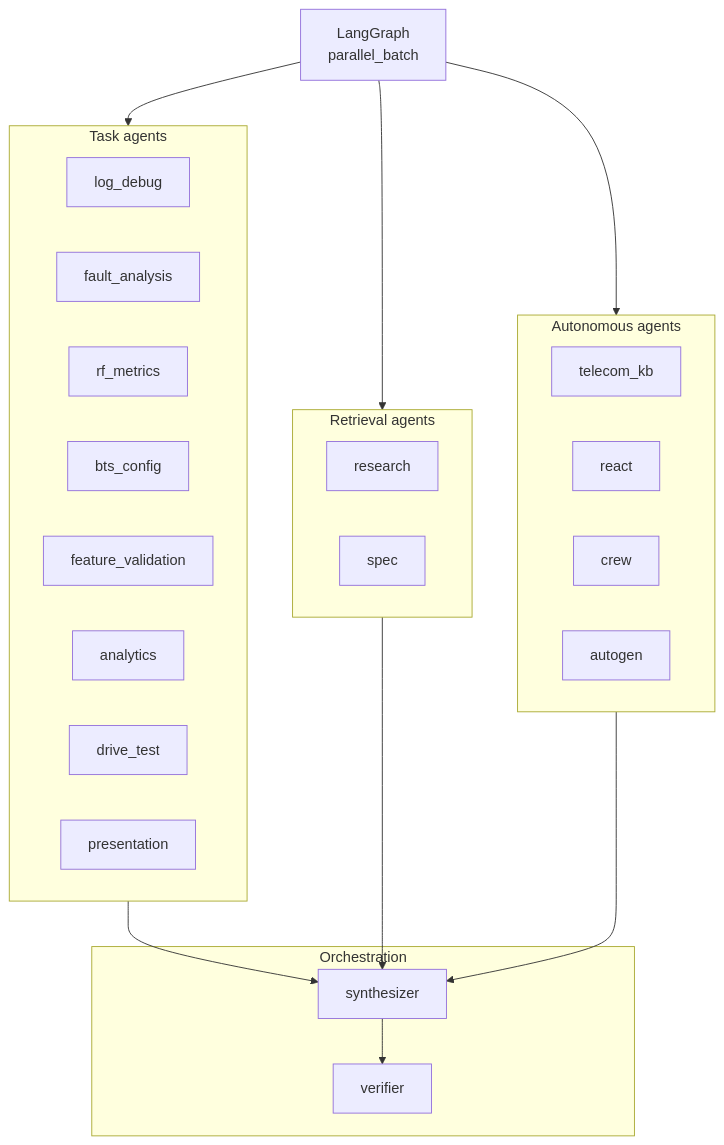
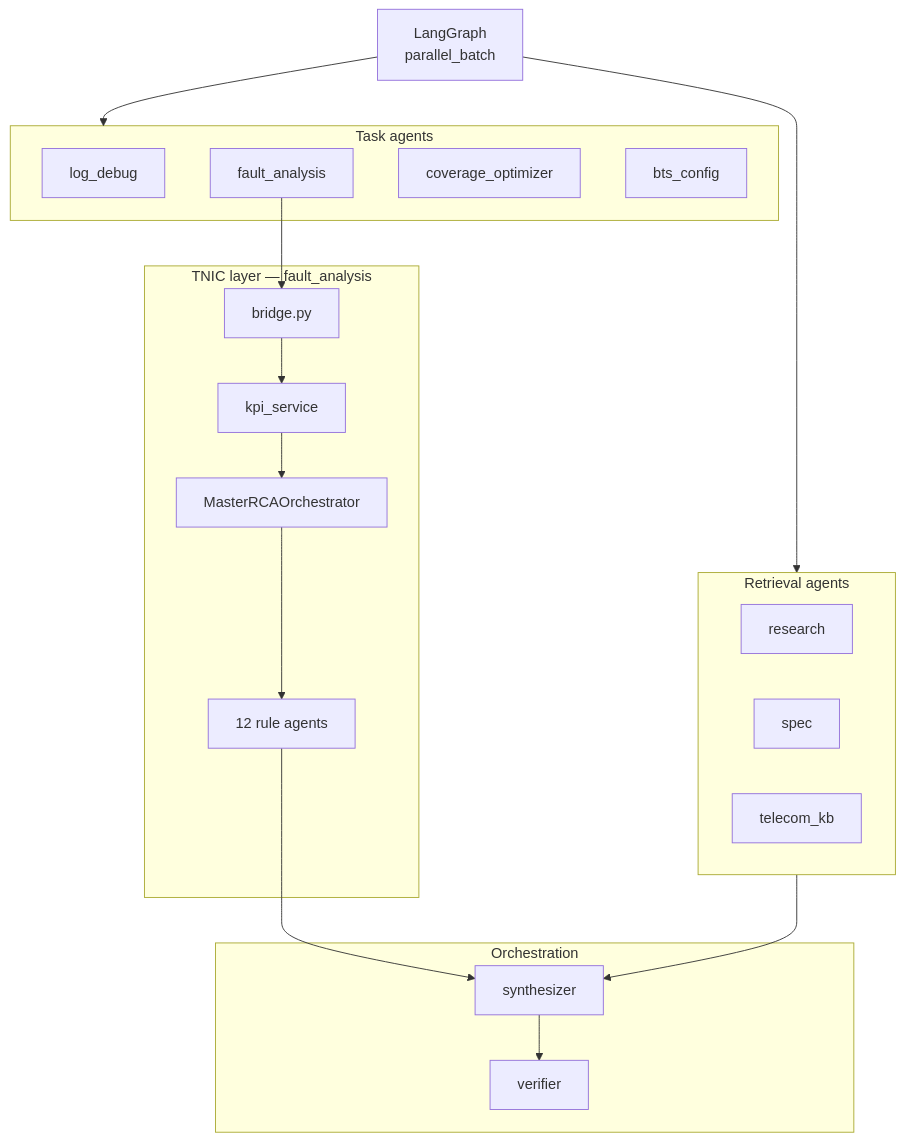
The eighth of 10 diagrams in docs/ARCHITECTURE.md (aqil2020in/telecomgpt), drawn with Mermaid before and after one commit. The commit also changed other lines of this file and 1 other file, not shown here.

First line of the commit message:
Update architecture diagrams for TNIC, datasets, and deployment

````diff
--- a/docs/ARCHITECTURE.md
+++ b/docs/ARCHITECTURE.md
@@ -312,38 +388,37 @@
 ```mermaid
 flowchart TB
     subgraph Orch["Orchestration"]
         SYN[synthesizer]
         VER[verifier]
     end
 
     subgraph Task["Task agents"]
         LD[log_debug]
         FA[fault_analysis]
-        RF[rf_metrics]
+        CO[coverage_optimizer]
         BC[bts_config]
-        FV[feature_validation]
-        AN[analytics]
-        DT[drive_test]
-        PR[presentation]
+    end
+
+    subgraph TNIC["TNIC layer — fault_analysis"]
+        BR[bridge.py]
+        ORCH[MasterRCAOrchestrator]
+        AG12["12 rule agents"]
+        KPI[kpi_service]
     end
 
     subgraph Retrieval["Retrieval agents"]
         RS[research]
         SP[spec]
-    end
-
-    subgraph Auto["Autonomous agents"]
         KB[telecom_kb]
-        RX[react]
-        CR[crew]
-        AG[autogen]
     end
 
     LG[LangGraph\nparallel_batch] --> Task
     LG --> Retrieval
-    LG --> Auto
-    Task --> SYN
+    FA --> BR
+    BR --> KPI
+    KPI --> ORCH
+    ORCH --> AG12
+    AG12 --> SYN
     Retrieval --> SYN
-    Auto --> SYN
     SYN --> VER
 ```
````
